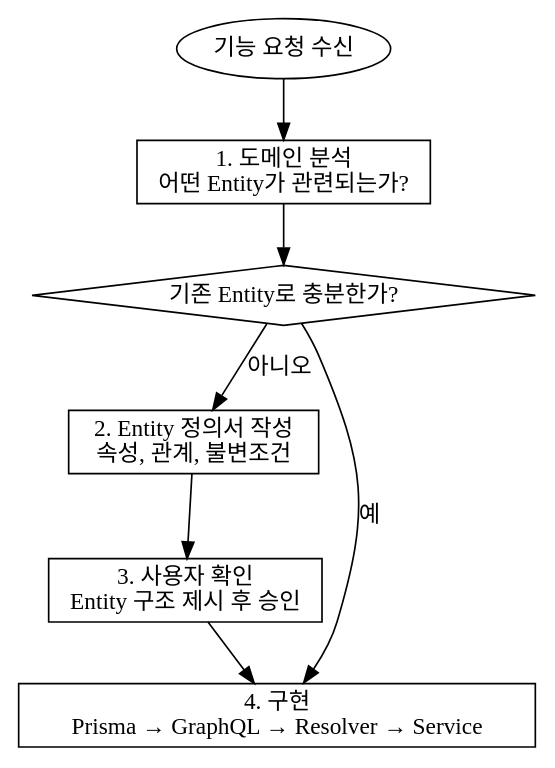
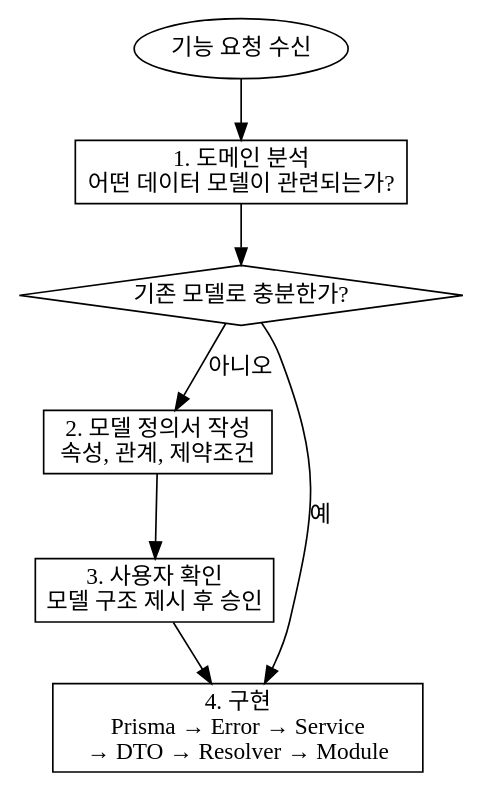
One commit to zzzRYT/work-time changed the diagram in server/.claude/skills/entity-first-development/SKILL.md. Above: the diagram before and after it, drawn with Graphviz. The commit also changed other lines of this file and 2 other files, not shown here.

````diff
--- a/server/.claude/skills/entity-first-development/SKILL.md
+++ b/server/.claude/skills/entity-first-development/SKILL.md
@@ -37,20 +55,20 @@
 ```dot
-digraph entity_first {
+digraph schema_first {
     rankdir=TB;
     node [shape=box];
 
     req [label="기능 요청 수신" shape=ellipse];
-    analyze [label="1. 도메인 분석\n어떤 Entity가 관련되는가?"];
-    existing [label="기존 Entity로 충분한가?" shape=diamond];
-    define [label="2. Entity 정의서 작성\n속성, 관계, 불변조건"];
-    confirm [label="3. 사용자 확인\nEntity 구조 제시 후 승인"];
-    implement [label="4. 구현\nPrisma → GraphQL → Resolver → Service"];
+    analyze [label="1. 도메인 분석\n어떤 데이터 모델이 관련되는가?"];
+    existing [label="기존 모델로 충분한가?" shape=diamond];
+    define [label="2. 모델 정의서 작성\n속성, 관계, 제약조건"];
+    confirm [label="3. 사용자 확인\n모델 구조 제시 후 승인"];
+    implement [label="4. 구현\nPrisma → Error → Service\n→ DTO → Resolver → Module"];
 
     req -> analyze;
     analyze -> existing;
     existing -> implement [label="예"];
     existing -> define [label="아니오"];
     define -> confirm;
     confirm -> implement;
 }
 ```
````
